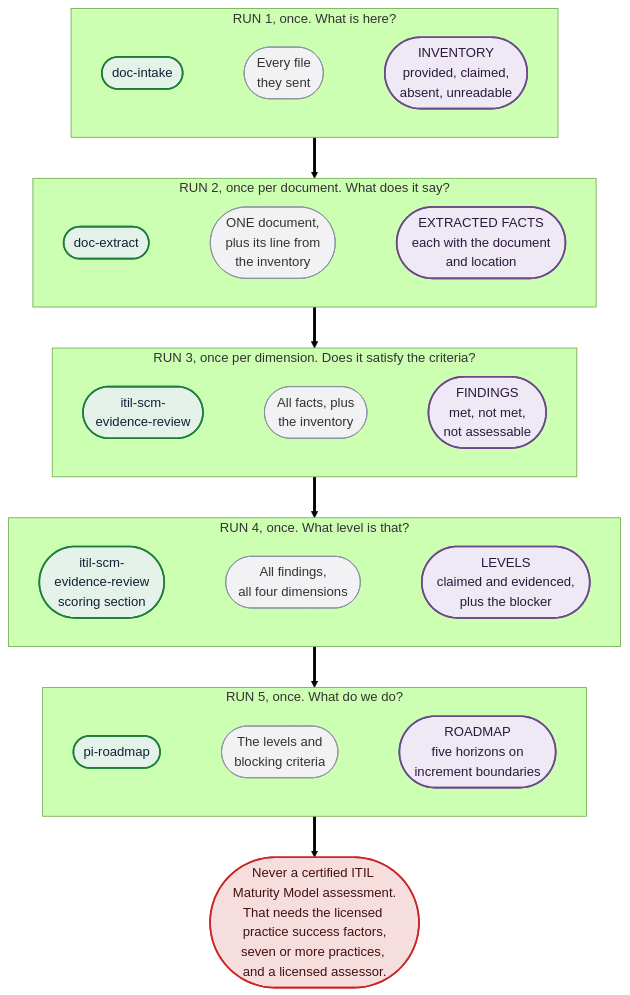
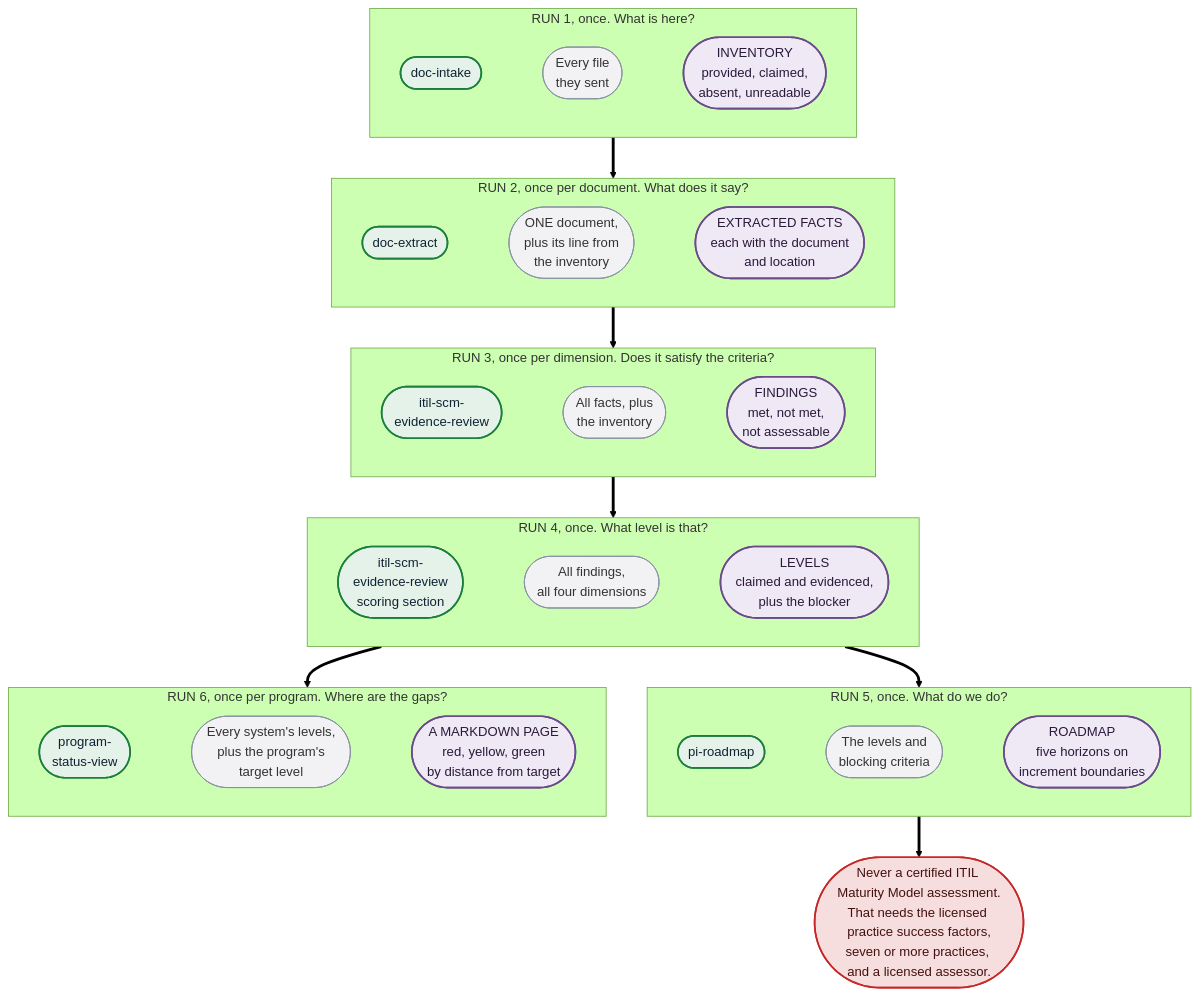
The second of 2 diagrams in vertexai/FLOWCHART.md (opscontinuum/itscm-skills), drawn with Mermaid (forest theme) before and after one commit. The commit also changed other lines of this file and 2 other files, not shown here.

First paragraph of the commit message:
Add program-status-view, one page of red yellow green for a program
The sixth run. Runs 1 through 5 evaluate one system; a program in the funded
sense holds several, and this lays every system against every dimension on one
Markdown page a program manager can take into a room.

````diff
--- a/vertexai/FLOWCHART.md
+++ b/vertexai/FLOWCHART.md
@@ -33,41 +33,48 @@
 ```mermaid
 flowchart TD
     classDef skill fill:#e4f2e9,stroke:#1b7f3b,stroke-width:2px,color:#123
     classDef doc fill:#f2f2f4,stroke:#8791a0,stroke-width:1px,color:#333
     classDef out fill:#efe8f5,stroke:#6b4a8a,stroke-width:2px,color:#2a1a3a
     classDef warn fill:#f7dede,stroke:#c62828,stroke-width:2px,color:#411
 
     subgraph R1["RUN 1, once. What is here?"]
         direction LR
         S1(["doc-intake"]) ~~~ I1(["Every file<br/>they sent"]) ~~~ O1(["INVENTORY<br/>provided, claimed,<br/>absent, unreadable"])
     end
 
     subgraph R2["RUN 2, once per document. What does it say?"]
         direction LR
         S2(["doc-extract"]) ~~~ I2(["ONE document,<br/>plus its line from<br/>the inventory"]) ~~~ O2(["EXTRACTED FACTS<br/>each with the document<br/>and location"])
     end
 
     subgraph R3["RUN 3, once per dimension. Does it satisfy the criteria?"]
         direction LR
         S3(["itil-scm-<br/>evidence-review"]) ~~~ I3(["All facts, plus<br/>the inventory"]) ~~~ O3(["FINDINGS<br/>met, not met,<br/>not assessable"])
     end
 
     subgraph R4["RUN 4, once. What level is that?"]
         direction LR
         S4(["itil-scm-<br/>evidence-review<br/>scoring section"]) ~~~ I4(["All findings,<br/>all four dimensions"]) ~~~ O4(["LEVELS<br/>claimed and evidenced,<br/>plus the blocker"])
     end
 
     subgraph R5["RUN 5, once. What do we do?"]
         direction LR
         S5(["pi-roadmap"]) ~~~ I5(["The levels and<br/>blocking criteria"]) ~~~ O5(["ROADMAP<br/>five horizons on<br/>increment boundaries"])
     end
 
+    subgraph R6["RUN 6, once per program. Where are the gaps?"]
+        direction LR
+        S6(["program-<br/>status-view"]) ~~~ I6(["Every system's levels,<br/>plus the program's<br/>target level"]) ~~~ O6(["A MARKDOWN PAGE<br/>red, yellow, green<br/>by distance from target"])
+    end
+
     NOPE(["Never a certified ITIL Maturity Model assessment.<br/>That needs the licensed practice success factors,<br/>seven or more practices, and a licensed assessor."])
 
-    R1 ==> R2 ==> R3 ==> R4 ==> R5 ==> NOPE
+    R1 ==> R2 ==> R3 ==> R4 ==> R5
+    R4 ==> R6
+    R5 ==> NOPE
 
-    class S1,S2,S3,S4,S5 skill
-    class I1,I2,I3,I4,I5 doc
-    class O1,O2,O3,O4,O5 out
+    class S1,S2,S3,S4,S5,S6 skill
+    class I1,I2,I3,I4,I5,I6 doc
+    class O1,O2,O3,O4,O5,O6 out
     class NOPE warn
 ```
````
